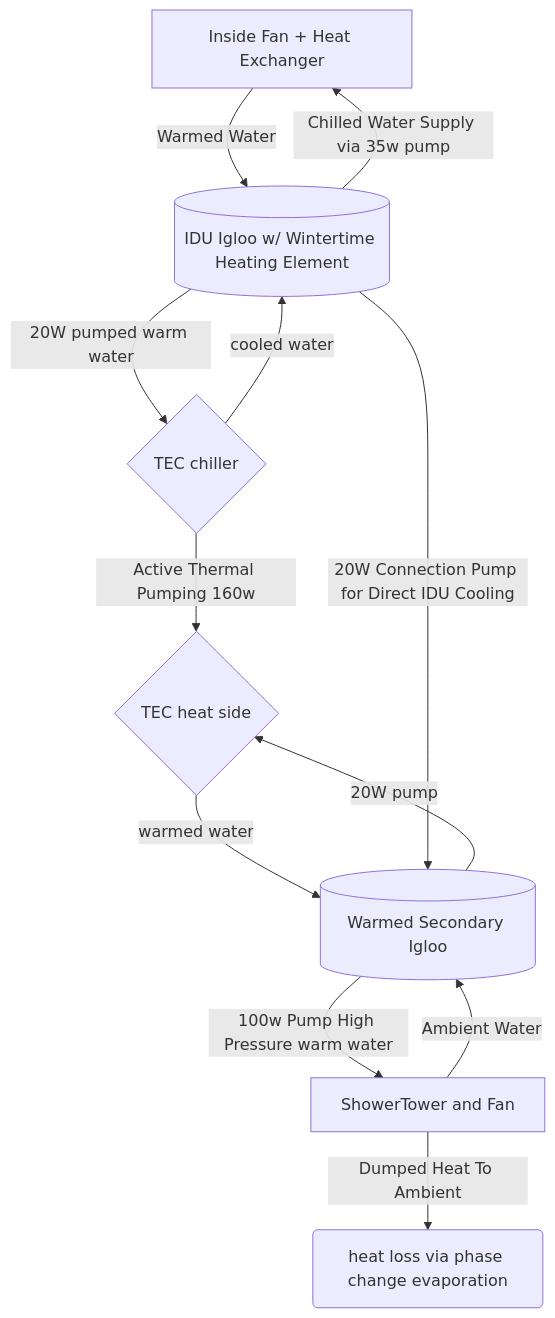
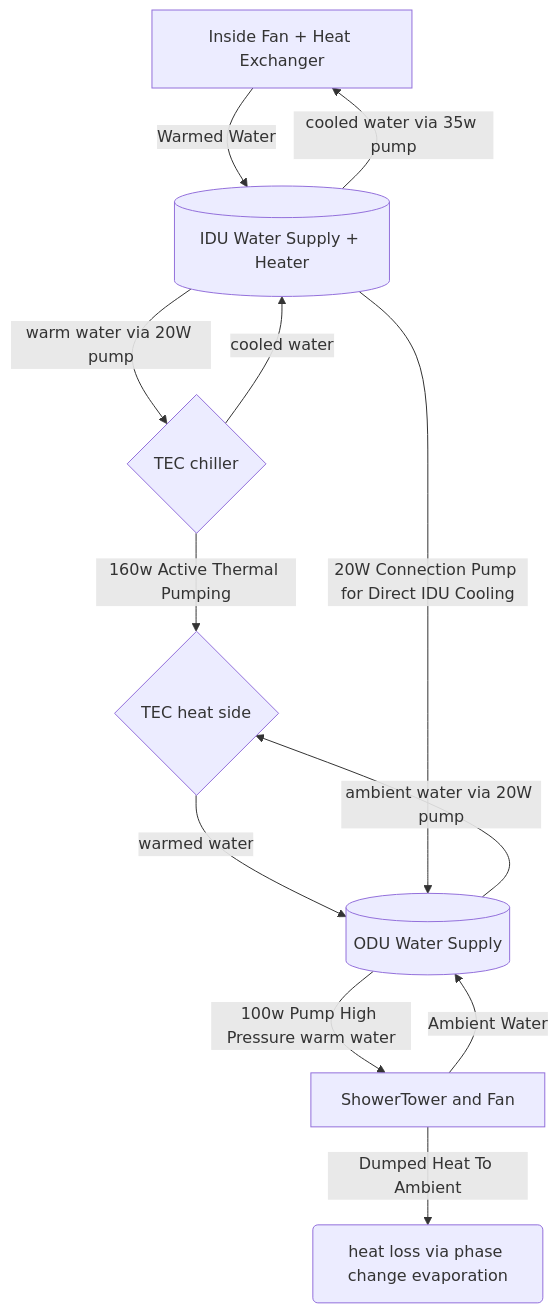
One commit to ericdmoore/casitaAzul changed the diagram in src/cooling/readme.md. Above: the diagram before and after it, drawn with Mermaid.

Commit message:
diagram updates.17

````diff
--- a/src/cooling/readme.md
+++ b/src/cooling/readme.md
@@ -36,15 +36,14 @@
 ```mermaid
 flowchart TD
-   IDU[Inside Fan + Heat Exchanger] -->|Warmed Water| IDUtub[(IDU Igloo w/ Wintertime Heating Element)]
-   IDUtub -->|Chilled Water Supply via 35w pump| IDU
-   IDUtub -->|20W pumped warm water | TECcold{TEC chiller}
+   IDU[Inside Fan + Heat Exchanger] -->|Warmed Water| IDUtub[(IDU Water Supply + Heater)]
+   IDUtub -->|cooled water via 35w pump| IDU
+   IDUtub -->|warm water via 20W pump| TECcold{TEC chiller}
    TECcold --> |cooled water| IDUtub
-   TECcold --> |Active Thermal Pumping 160w| TEChot{TEC heat side}
-   ODUtub[(Warmed Secondary Igloo)] -->|20W pump| TEChot
+   TECcold --> |160w Active Thermal Pumping| TEChot{TEC heat side}
+   ODUtub[(ODU Water Supply)] -->|ambient water via 20W pump| TEChot
    TEChot -->|warmed water| ODUtub
    ODUtub --> |100w Pump High Pressure warm water| ShowerTower[ShowerTower and Fan]
    ShowerTower --> |Ambient Water| ODUtub
    ShowerTower --> |Dumped Heat To Ambient| air(heat loss via phase change evaporation)
-
    IDUtub -->|20W Connection Pump for Direct IDU Cooling| ODUtub
 ```
````
